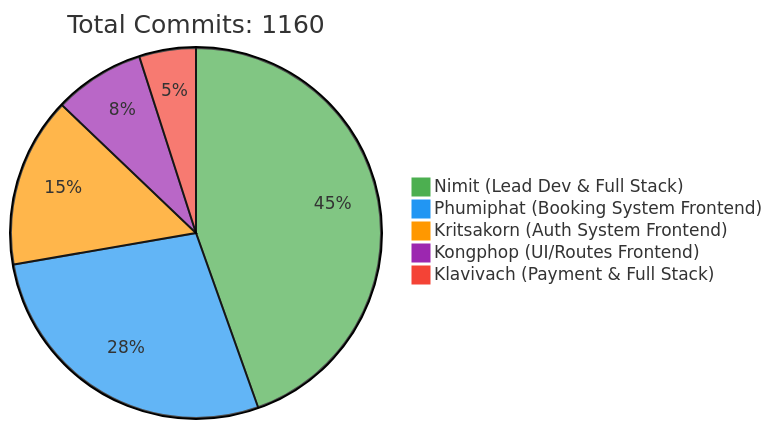
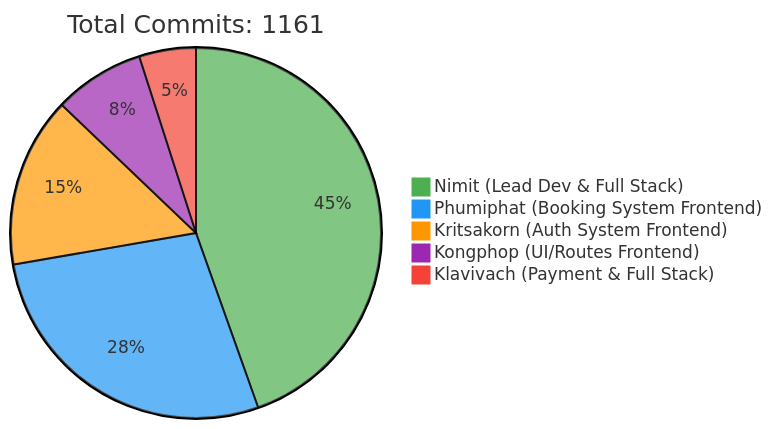
The first of 2 diagrams in README.md (6531503042/Sport-Complex), drawn with Mermaid before and after one commit. The commit also changed other lines of this file, not shown here.

Commit message:
docs: Update contributor statistics [skip ci]

````diff
--- a/README.md
+++ b/README.md
@@ -257,10 +257,10 @@
 ```mermaid
 %%{init: {'theme': 'base', 'themeVariables': { 'pie1': '#4CAF50', 'pie2': '#2196F3', 'pie3': '#FF9800', 'pie4': '#9C27B0', 'pie5': '#F44336'}}}%%
 pie
-    title Total Commits: 1160
+    title Total Commits: 1161
     "Nimit (Lead Dev & Full Stack)" : 450
     "Phumiphat (Booking System Frontend)" : 280
     "Kritsakorn (Auth System Frontend)" : 150
     "Kongphop (UI/Routes Frontend)" : 80
     "Klavivach (Payment & Full Stack)" : 50
 ```
````
